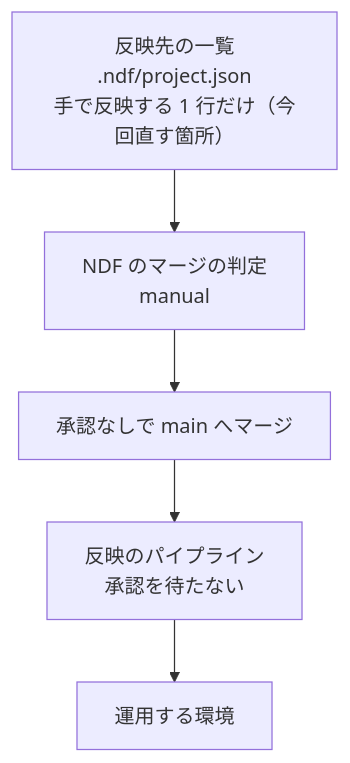
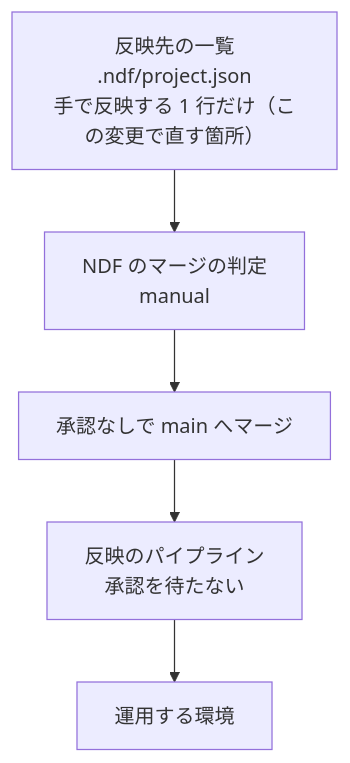
Before and after one commit to devbasex/nd-factory: the first of 3 diagrams in issues/issue-166-design.md, drawn with Mermaid. The commit also changed other lines of this file, not shown here.

````diff
--- a/issues/issue-166-design.md
+++ b/issues/issue-166-design.md
@@ -9,7 +9,7 @@
 ```mermaid
 graph TD
-    S["反映先の一覧<br/>.ndf/project.json<br/>手で反映する 1 行だけ（今回直す箇所）"] --> J["NDF のマージの判定<br/>manual"]
+    S["反映先の一覧<br/>.ndf/project.json<br/>手で反映する 1 行だけ（この変更で直す箇所）"] --> J["NDF のマージの判定<br/>manual"]
     J --> M["承認なしで main へマージ"]
     M --> P["反映のパイプライン<br/>承認を待たない"]
     P --> E["運用する環境"]
 ```
````
